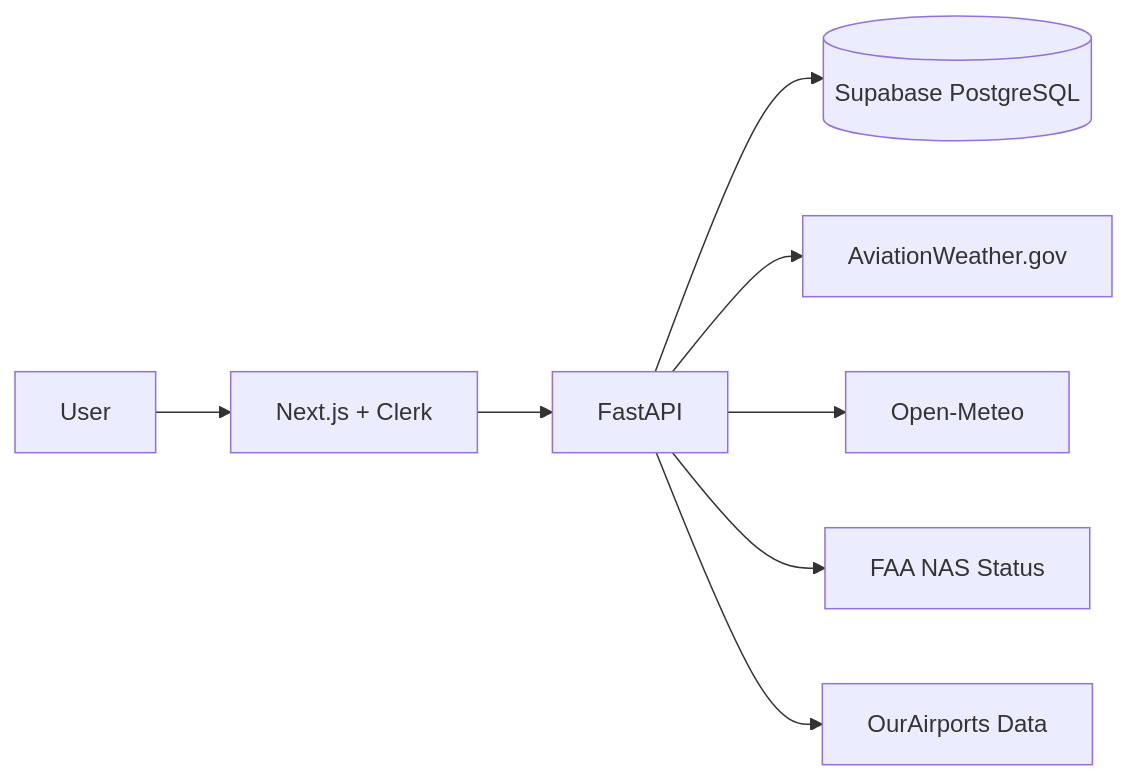
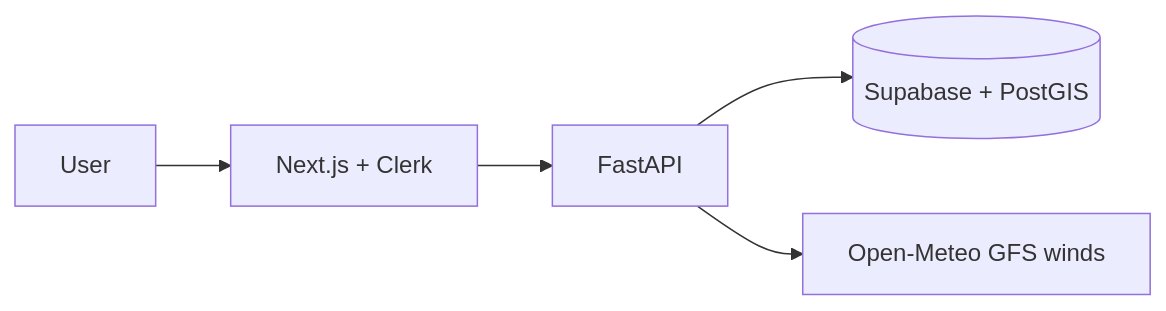
Before and after one commit to AnikMajumdar/AeroRoute: the diagram in README.md, drawn with Mermaid. The commit also changed other lines of this file and 77 other files, not shown here.

````diff
--- a/README.md
+++ b/README.md
@@ -34,10 +30,7 @@
 ```mermaid
 flowchart LR
     User --> Web[Next.js + Clerk]
     Web --> API[FastAPI]
-    API --> DB[(Supabase PostgreSQL)]
-    API --> AW[AviationWeather.gov]
-    API --> OM[Open-Meteo]
-    API --> FAA[FAA NAS Status]
-    API --> OA[OurAirports Data]
+    API --> DB[(Supabase + PostGIS)]
+    API --> OM[Open-Meteo GFS winds]
 ```
````
